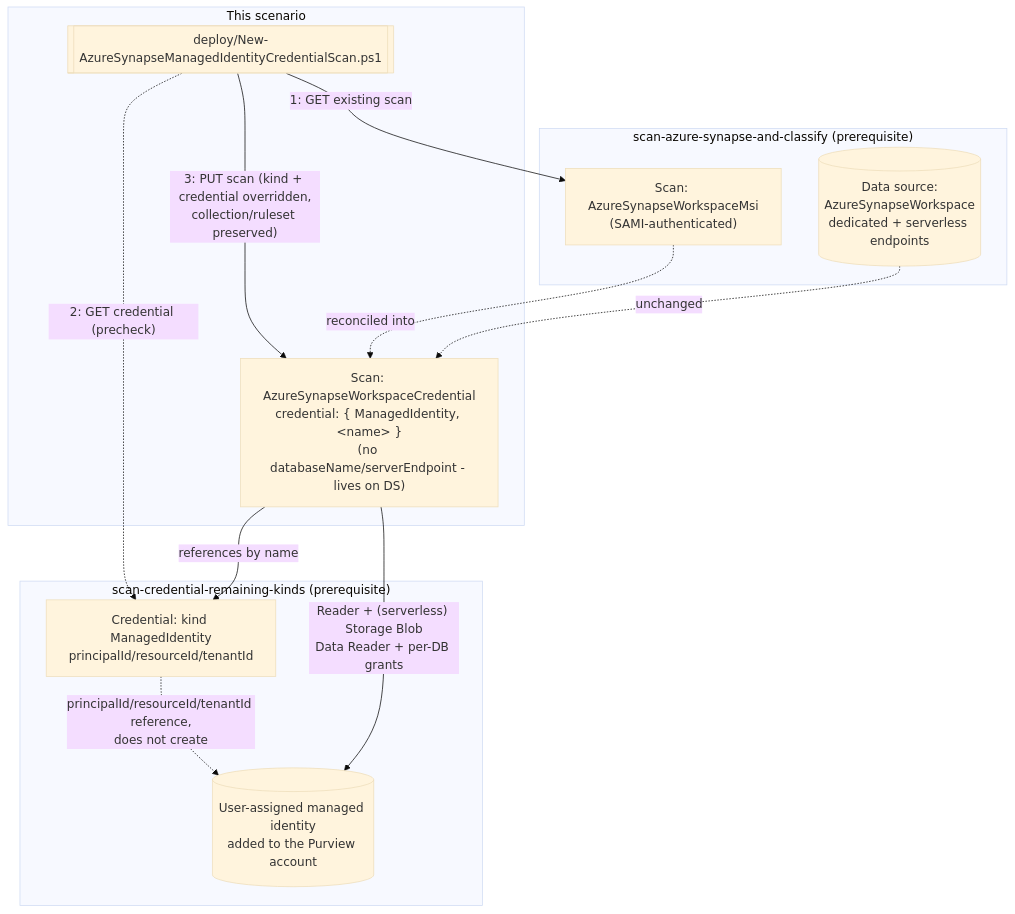
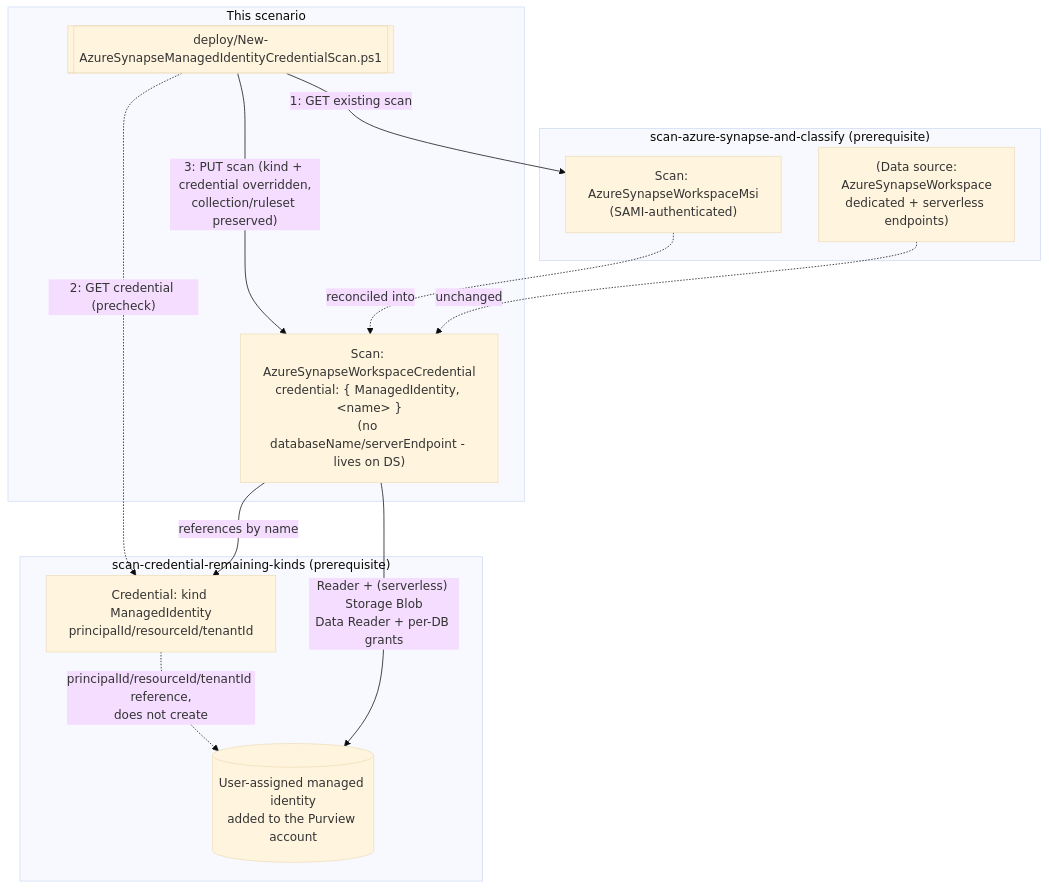
The diagram in src/content/scenarios/data-map/scan-azure-synapse-and-classify-managed-identity-credential.design.md (kpsec1/kpsec1.github.io), drawn with Mermaid (base theme) before and after one commit. The commit also changed 80 other files, not shown here.

First line of the commit message:
Fix Mermaid diagram rendering across all scenarios

````diff
--- a/src/content/scenarios/data-map/scan-azure-synapse-and-classify-managed-identity-credential.design.md
+++ b/src/content/scenarios/data-map/scan-azure-synapse-and-classify-managed-identity-credential.design.md
@@ -51,27 +51,27 @@
 ```mermaid
 flowchart TD
     subgraph Base["scan-azure-synapse-and-classify (prerequisite)"]
-        DS[(Data source:<br/>AzureSynapseWorkspace<br/>dedicated + serverless endpoints)]
+        DS["(Data source:<br/>AzureSynapseWorkspace<br/>dedicated + serverless endpoints)"]
         SAMIScan["Scan: AzureSynapseWorkspaceMsi<br/>(SAMI-authenticated)"]
     end
 
     subgraph CredScenario["scan-credential-remaining-kinds (prerequisite)"]
         UAMI[("User-assigned managed identity<br/>added to the Purview account")]
         Cred["Credential: kind ManagedIdentity<br/>principalId/resourceId/tenantId"]
     end
 
     subgraph ThisScenario["This scenario"]
         Deployer[["deploy/New-AzureSynapseManagedIdentityCredentialScan.ps1"]]
         CredScan["Scan: AzureSynapseWorkspaceCredential<br/>credential: { ManagedIdentity, &lt;name&gt; }<br/>(no databaseName/serverEndpoint - lives on DS)"]
     end
 
     Deployer -- "1: GET existing scan" --> SAMIScan
     Deployer -. "2: GET credential (precheck)" .-> Cred
     Deployer -- "3: PUT scan (kind + credential overridden,<br/>collection/ruleset preserved)" --> CredScan
     SAMIScan -.->|reconciled into| CredScan
     CredScan -- "references by name" --> Cred
     Cred -. "principalId/resourceId/tenantId reference,<br/>does not create" .-> UAMI
     CredScan -- "Reader + (serverless) Storage Blob<br/>Data Reader + per-DB grants" --> UAMI
 
     DS -.->|unchanged| CredScan
 ```
````
